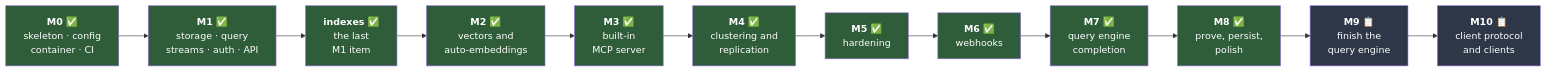
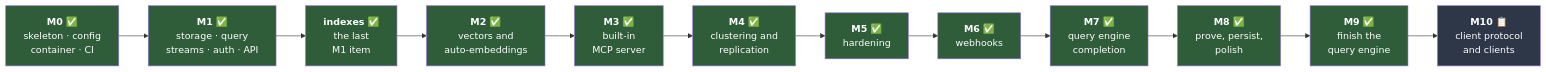
One commit to titusai-io/kimmydb changed the first of 4 diagrams in docs/roadmap.md. Above: the diagram before and after it, drawn with Mermaid. The commit also changed other lines of this file and 1 other file, not shown here.

````diff
--- a/docs/roadmap.md
+++ b/docs/roadmap.md
@@ -12,30 +12,30 @@
 ```mermaid
 graph LR
     M0["<b>M0</b> ✅<br/>skeleton · config<br/>container · CI"]
     M1["<b>M1</b> ✅<br/>storage · query<br/>streams · auth · API"]
     IDX["<b>indexes</b> ✅<br/>the last<br/>M1 item"]
     M2["<b>M2</b> ✅<br/>vectors and<br/>auto-embeddings"]
     M3["<b>M3</b> ✅<br/>built-in<br/>MCP server"]
     M4["<b>M4</b> ✅<br/>clustering and<br/>replication"]
     M5["<b>M5</b> ✅<br/>hardening"]
     M6["<b>M6</b> ✅<br/>webhooks"]
     M7["<b>M7</b> ✅<br/>query engine<br/>completion"]
     M8["<b>M8</b> ✅<br/>prove, persist,<br/>polish"]
-    M9["<b>M9</b> 📋<br/>finish the<br/>query engine"]
+    M9["<b>M9</b> ✅<br/>finish the<br/>query engine"]
     M10["<b>M10</b> 📋<br/>client protocol<br/>and clients"]
 
     M0 --> M1 --> IDX --> M2 --> M3 --> M4 --> M5 --> M6 --> M7 --> M8 --> M9 --> M10
 
     style M0 fill:#2f5d3a,color:#fff
     style M1 fill:#2f5d3a,color:#fff
     style IDX fill:#2f5d3a,color:#fff
     style M2 fill:#2f5d3a,color:#fff
     style M3 fill:#2f5d3a,color:#fff
     style M4 fill:#2f5d3a,color:#fff
     style M5 fill:#2f5d3a,color:#fff
     style M6 fill:#2f5d3a,color:#fff
     style M7 fill:#2f5d3a,color:#fff
     style M8 fill:#2f5d3a,color:#fff
-    style M9 fill:#2d3748,color:#fff
+    style M9 fill:#2f5d3a,color:#fff
     style M10 fill:#2d3748,color:#fff
 ```
````
